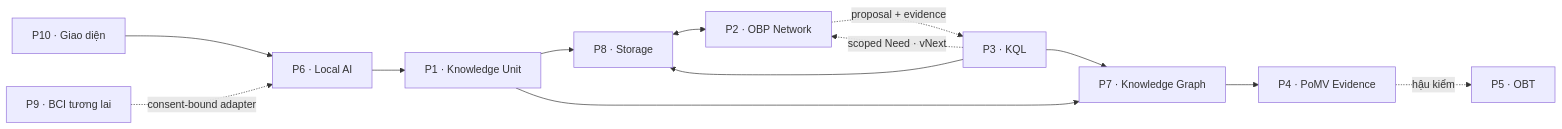
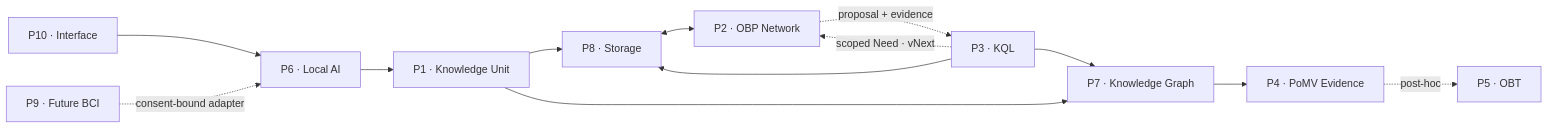
The second of 4 diagrams in README.md (shpy2001gemi/OneBrain), drawn with Mermaid before and after one commit. The commit also changed other lines of this file and 1 other file, not shown here.

````diff
--- a/README.md
+++ b/README.md
@@ -379,15 +381,15 @@
 ```mermaid
 flowchart LR
-    UI["P10 · Giao diện"] --> AI["P6 · Local AI"]
+    UI["P10 · Interface"] --> AI["P6 · Local AI"]
     AI --> KU["P1 · Knowledge Unit"]
     KU --> OBS["P8 · Storage"]
     KU --> KG["P7 · Knowledge Graph"]
     KQL["P3 · KQL"] --> OBS
     KQL --> KG
     OBS <--> OBP["P2 · OBP Network"]
     KQL -. scoped Need · vNext .-> OBP
     OBP -. proposal + evidence .-> KQL
     KG --> POMV["P4 · PoMV Evidence"]
-    POMV -. hậu kiểm .-> OBT["P5 · OBT"]
-    BCI["P9 · BCI tương lai"] -. consent-bound adapter .-> AI
+    POMV -. post-hoc .-> OBT["P5 · OBT"]
+    BCI["P9 · Future BCI"] -. consent-bound adapter .-> AI
 ```
````
